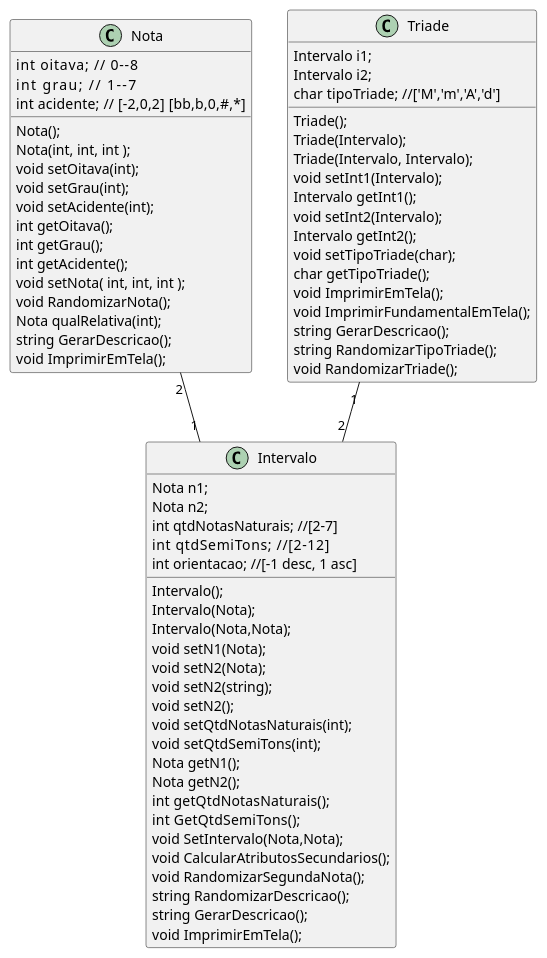
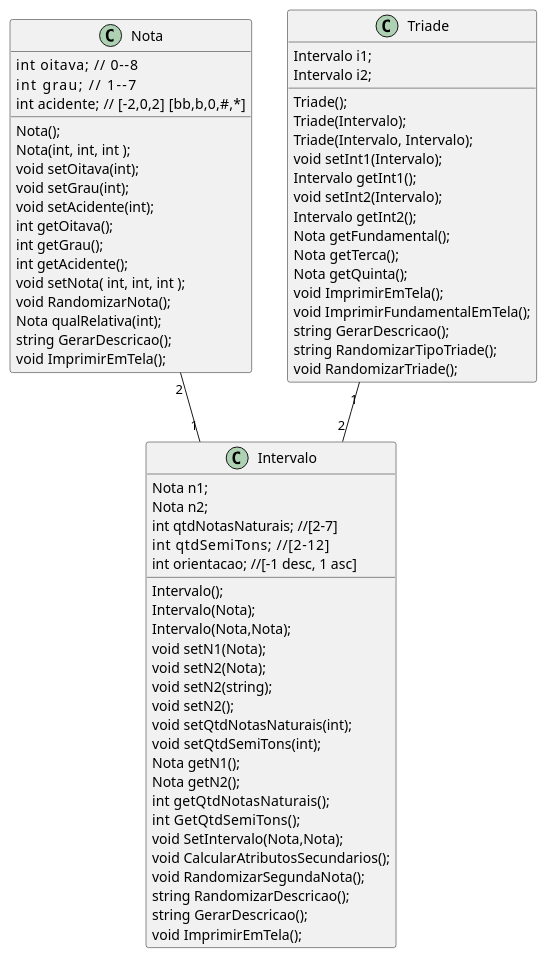
Before and after one commit to marcuswlima/learning: the diagram in c++/projects/notas/documetation/classDiagram.puml, drawn with PlantUML. The commit also changed 4 other files, not shown here.

First line of the commit message:
[c++/Triade] Melhorar get's

```diff
--- a/c++/projects/notas/documetation/classDiagram.puml
+++ b/c++/projects/notas/documetation/classDiagram.puml
@@ -1,72 +1,72 @@
 @startuml
 
 Nota "2"--"1" Intervalo 
 Triade "1" -- "2" Intervalo
 
 class Nota {
     Nota(); 
     Nota(int, int, int ); 
     void setOitava(int);
     void setGrau(int);
     void setAcidente(int);
     int getOitava();
     int getGrau();
     int getAcidente();
     void setNota( int, int, int ); 
     void RandomizarNota();
     Nota qualRelativa(int);
     string GerarDescricao();
     void ImprimirEmTela();
     int oitava;     // 0--8 
     int grau;       // 1--7 
     int acidente;   // [-2,0,2] [bb,b,0,#,*]
 }
 
 class Intervalo {
     Intervalo();
     Intervalo(Nota);
     Intervalo(Nota,Nota);
     void setN1(Nota);
     void setN2(Nota);
     void setN2(string);
     void setN2();
     void setQtdNotasNaturais(int);
     void setQtdSemiTons(int);
     Nota getN1();
     Nota getN2();
     int  getQtdNotasNaturais();
     int  GetQtdSemiTons();
     void SetIntervalo(Nota,Nota);
     void CalcularAtributosSecundarios();
     void RandomizarSegundaNota();
     string RandomizarDescricao();
     string GerarDescricao();
     void ImprimirEmTela();
     Nota n1;
     Nota n2;
     int qtdNotasNaturais; //[2-7]
     int qtdSemiTons;     //[2-12]
     int orientacao; //[-1 desc, 1 asc]
 }
 
 class Triade{
     Triade();
     Triade(Intervalo);
     Triade(Intervalo, Intervalo);
     void setInt1(Intervalo);
     Intervalo getInt1();
     void setInt2(Intervalo);
     Intervalo getInt2();
-    void setTipoTriade(char);
-    char getTipoTriade();
+    Nota getFundamental();
+    Nota getTerca();
+    Nota getQuinta();
     void ImprimirEmTela();
     void ImprimirFundamentalEmTela();
     string GerarDescricao();
     string RandomizarTipoTriade();
     void RandomizarTriade();
     Intervalo i1;
     Intervalo i2;
-    char tipoTriade; //['M','m','A','d']
 }
 
 @enduml
```
